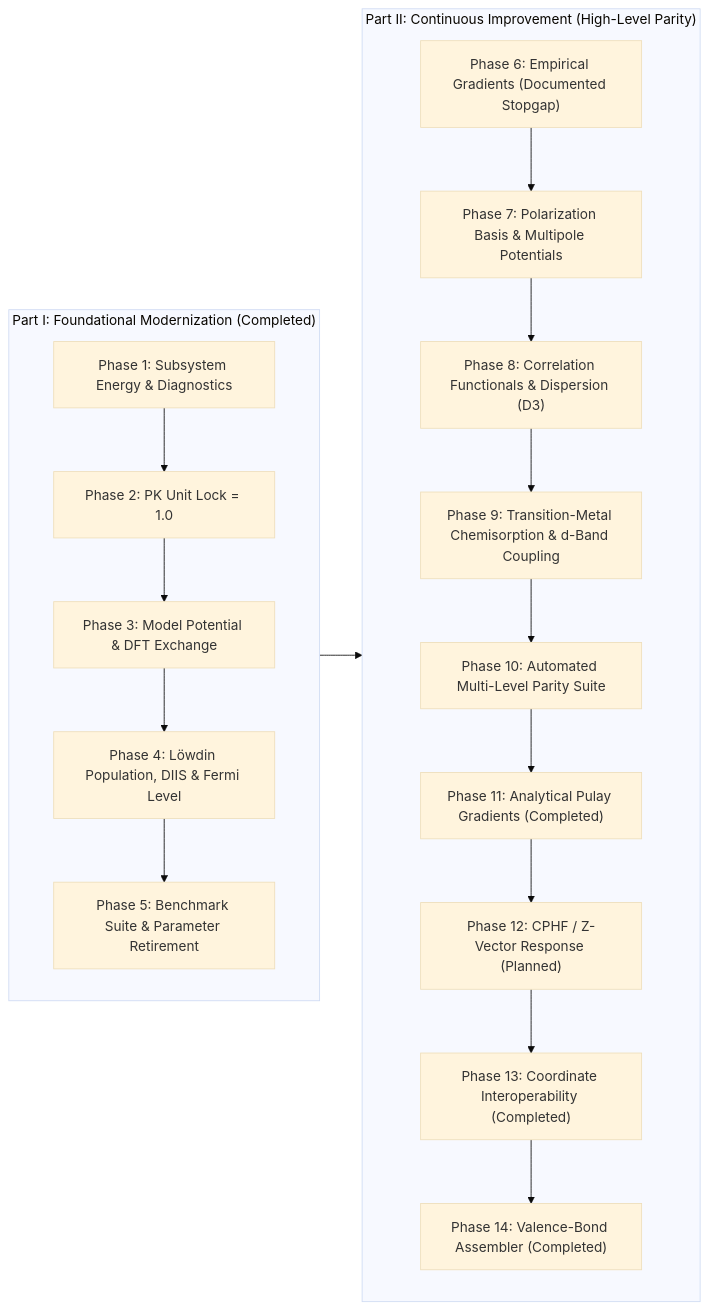
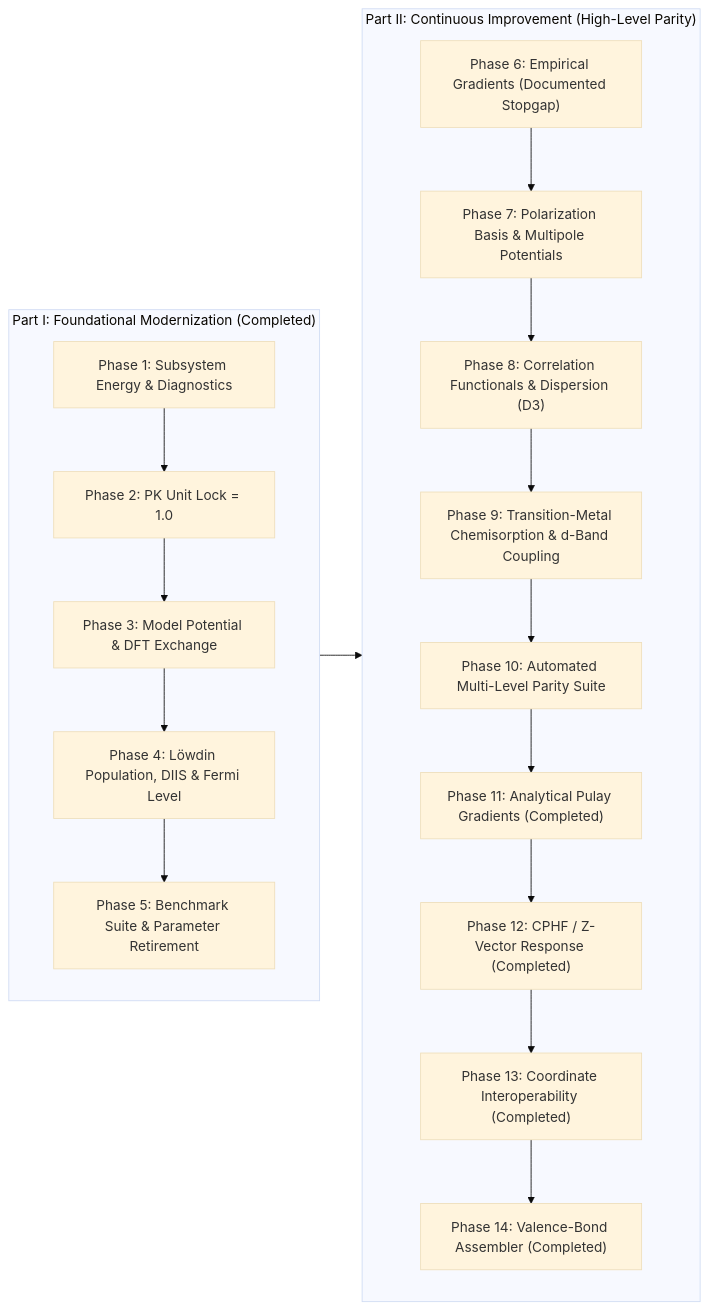
Before and after one commit to JackS9/phatpsy2: the diagram in ROADMAP.md, drawn with Mermaid (base theme). The commit also changed other lines of this file and 7 other files, not shown here.

Commit message:
feat(cphf): implement Phase 12 Coupled-Perturbed (CPHF / Z-vector) orbital response for relaxed gradients

````diff
--- a/ROADMAP.md
+++ b/ROADMAP.md
@@ -170,26 +179,26 @@
 ```mermaid
 flowchart LR
     subgraph Part1["Part I: Foundational Modernization (Completed)"]
         P1["Phase 1: Subsystem Energy & Diagnostics"]
         P2["Phase 2: PK Unit Lock = 1.0"]
         P3["Phase 3: Model Potential & DFT Exchange"]
         P4["Phase 4: Löwdin Population, DIIS & Fermi Level"]
         P5["Phase 5: Benchmark Suite & Parameter Retirement"]
         P1 --> P2 --> P3 --> P4 --> P5
     end
 
     subgraph Part2["Part II: Continuous Improvement (High-Level Parity)"]
         P6["Phase 6: Empirical Gradients (Documented Stopgap)"]
         P7["Phase 7: Polarization Basis & Multipole Potentials"]
         P8["Phase 8: Correlation Functionals & Dispersion (D3)"]
         P9["Phase 9: Transition-Metal Chemisorption & d-Band Coupling"]
         P10["Phase 10: Automated Multi-Level Parity Suite"]
         P11["Phase 11: Analytical Pulay Gradients (Completed)"]
-        P12["Phase 12: CPHF / Z-Vector Response (Planned)"]
+        P12["Phase 12: CPHF / Z-Vector Response (Completed)"]
         P13["Phase 13: Coordinate Interoperability (Completed)"]
         P14["Phase 14: Valence-Bond Assembler (Completed)"]
         P6 --> P7 --> P8 --> P9 --> P10 --> P11 --> P12 --> P13 --> P14
     end
 
     Part1 --> Part2
 ```
````
